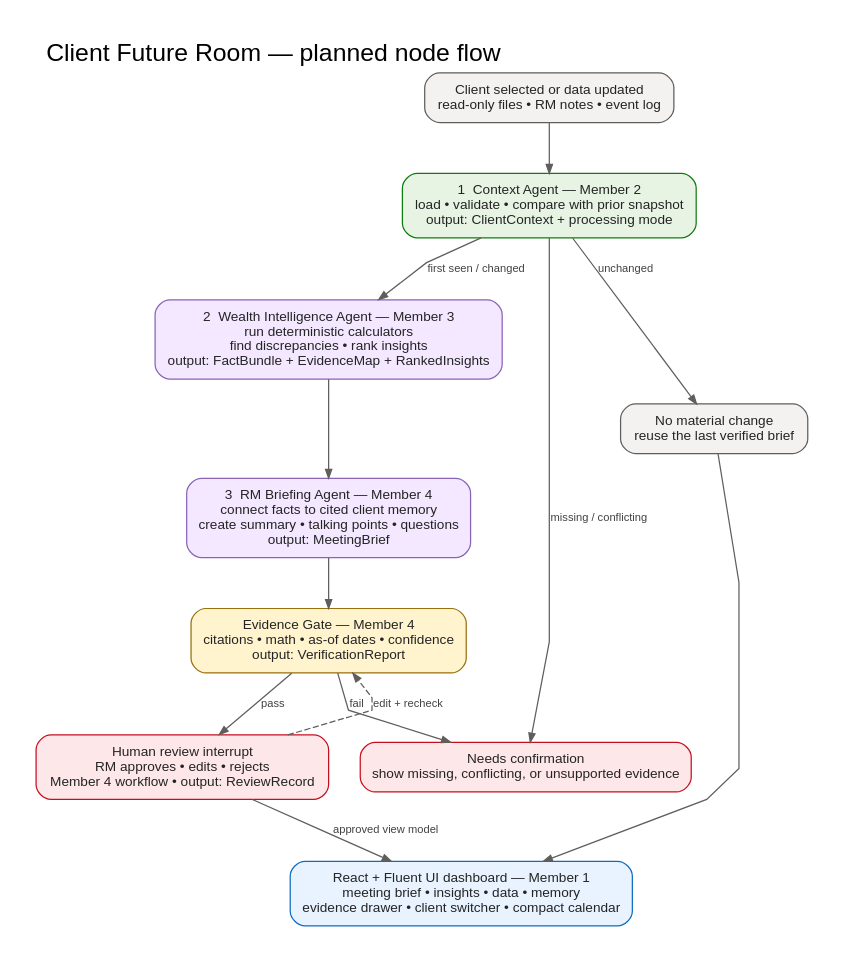
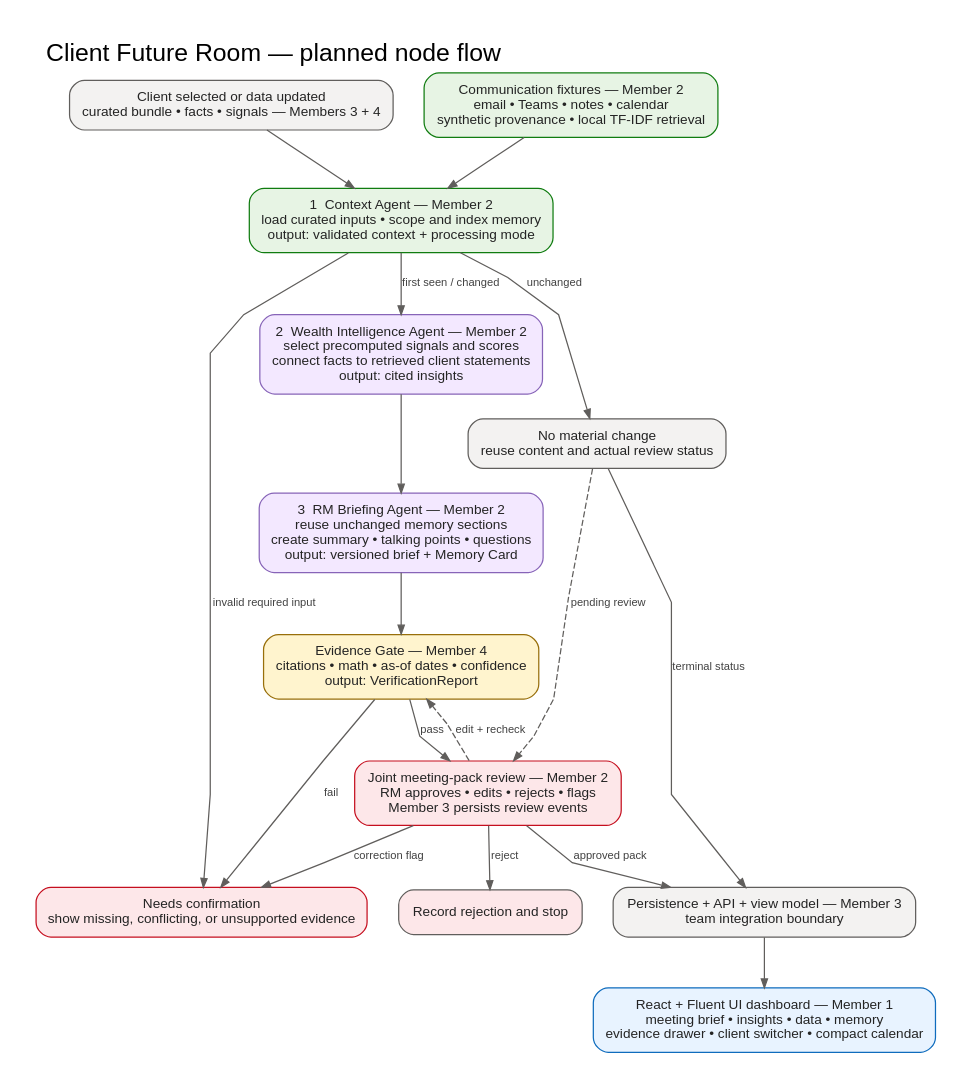
One commit to choiwab/SingHacks-2026 changed the diagram in docs/assets/rm-intelligence-node-architecture.dot. Above: the diagram before and after it, drawn with Graphviz. The commit also changed 49 other files, not shown here.

Commit message:
Implement offline Member 2 agent and memory flow

```diff
--- a/docs/assets/rm-intelligence-node-architecture.dot
+++ b/docs/assets/rm-intelligence-node-architecture.dot
@@ -1,99 +1,117 @@
 digraph RMIntelligenceNodeFlow {
   graph [
     rankdir=TB,
     bgcolor="white",
     pad="0.3",
     nodesep="0.35",
     ranksep="0.55",
     splines=polyline,
     fontname="Arial",
     fontsize=20,
     label="Client Future Room — planned node flow",
     labelloc=t,
     labeljust=l
   ];
 
   node [
     shape=box,
     style="rounded,filled",
     fontname="Arial",
     fontsize=11,
     fontcolor="#242424",
     color="#605E5C",
     fillcolor="#FFFFFF",
     margin="0.16,0.11"
   ];
 
   edge [
     color="#605E5C",
     fontcolor="#424242",
     fontname="Arial",
     fontsize=9,
     arrowsize=0.72
   ];
 
   trigger [
-    label="Client selected or data updated\nread-only files • RM notes • event log",
+    label="Client selected or data updated\ncurated bundle • facts • signals — Members 3 + 4",
     fillcolor="#F3F2F1"
   ];
 
   context [
-    label="1  Context Agent — Member 2\nload • validate • compare with prior snapshot\noutput: ClientContext + processing mode",
+    label="1  Context Agent — Member 2\nload curated inputs • scope and index memory\noutput: validated context + processing mode",
     fillcolor="#E7F4E4",
     color="#107C10"
   ];
 
   intelligence [
-    label="2  Wealth Intelligence Agent — Member 3\nrun deterministic calculators\nfind discrepancies • rank insights\noutput: FactBundle + EvidenceMap + RankedInsights",
+    label="2  Wealth Intelligence Agent — Member 2\nselect precomputed signals and scores\nconnect facts to retrieved client statements\noutput: cited insights",
     fillcolor="#F3E8FF",
     color="#8764B8"
   ];
 
   briefing [
-    label="3  RM Briefing Agent — Member 4\nconnect facts to cited client memory\ncreate summary • talking points • questions\noutput: MeetingBrief",
+    label="3  RM Briefing Agent — Member 2\nreuse unchanged memory sections\ncreate summary • talking points • questions\noutput: versioned brief + Memory Card",
     fillcolor="#F3E8FF",
     color="#8764B8"
   ];
 
   gate [
     label="Evidence Gate — Member 4\ncitations • math • as-of dates • confidence\noutput: VerificationReport",
     fillcolor="#FFF4CE",
     color="#986F0B"
   ];
 
   review [
-    label="Human review interrupt\nRM approves • edits • rejects\nMember 4 workflow • output: ReviewRecord",
+    label="Joint meeting-pack review — Member 2\nRM approves • edits • rejects • flags\nMember 3 persists review events",
     fillcolor="#FDE7E9",
     color="#C50F1F"
   ];
 
   dashboard [
     label="React + Fluent UI dashboard — Member 1\nmeeting brief • insights • data • memory\nevidence drawer • client switcher • compact calendar",
     fillcolor="#E8F3FF",
     color="#0F6CBD"
   ];
 
   reuse [
-    label="No material change\nreuse the last verified brief",
+    label="No material change\nreuse content and actual review status",
     fillcolor="#F3F2F1"
   ];
 
   confirm [
     label="Needs confirmation\nshow missing, conflicting, or unsupported evidence",
     fillcolor="#FDE7E9",
     color="#C50F1F"
   ];
 
+  memory [
+    label="Communication fixtures — Member 2\nemail • Teams • notes • calendar\nsynthetic provenance • local TF-IDF retrieval",
+    fillcolor="#E7F4E4",
+    color="#107C10"
+  ];
+
+  store [
+    label="Persistence + API + view model — Member 3\nteam integration boundary",
+    fillcolor="#F3F2F1"
+  ];
+
+  reject [label="Record rejection and stop", fillcolor="#FDE7E9"];
+
   trigger -> context;
+  memory -> context;
   context -> intelligence [label="first seen / changed"];
   intelligence -> briefing;
   briefing -> gate;
   gate -> review [label="pass"];
-  review -> dashboard [label="approved view model"];
+  review -> store [label="approved pack"];
+  store -> dashboard;
 
   context -> reuse [label="unchanged"];
-  reuse -> dashboard;
-  context -> confirm [label="missing / conflicting"];
+  reuse -> store [label="terminal status"];
+  reuse -> review [label="pending review", style=dashed, constraint=false];
+  context -> confirm [label="invalid required input"];
   gate -> confirm [label="fail"];
+  review -> confirm [label="correction flag"];
+  review -> reject [label="reject"];
   review -> gate [label="edit + recheck", style=dashed, constraint=false];
 }
```
